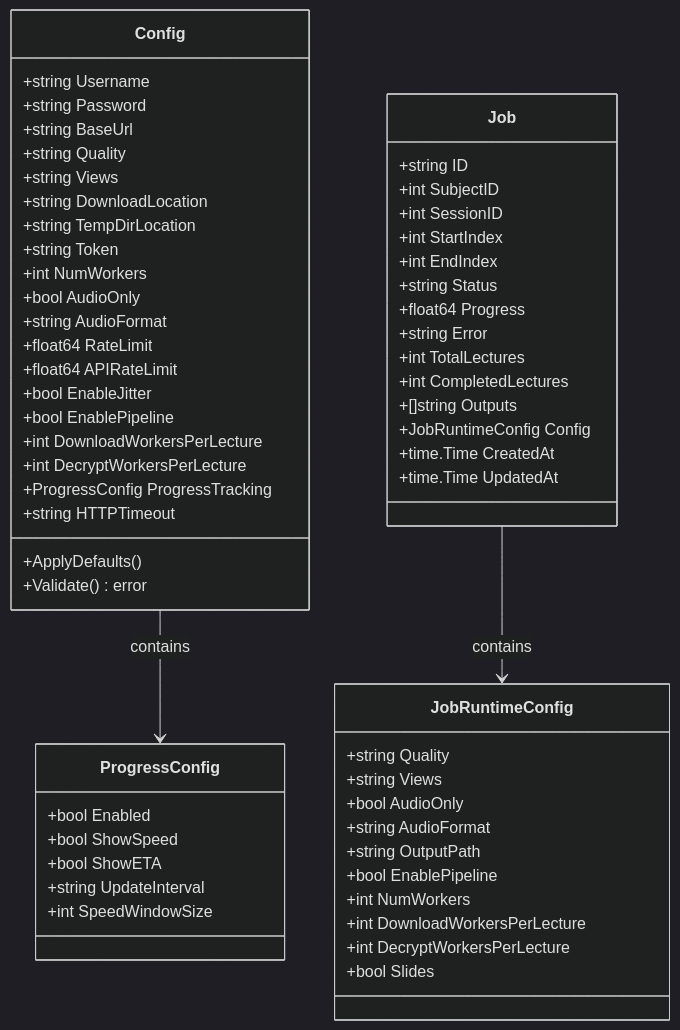
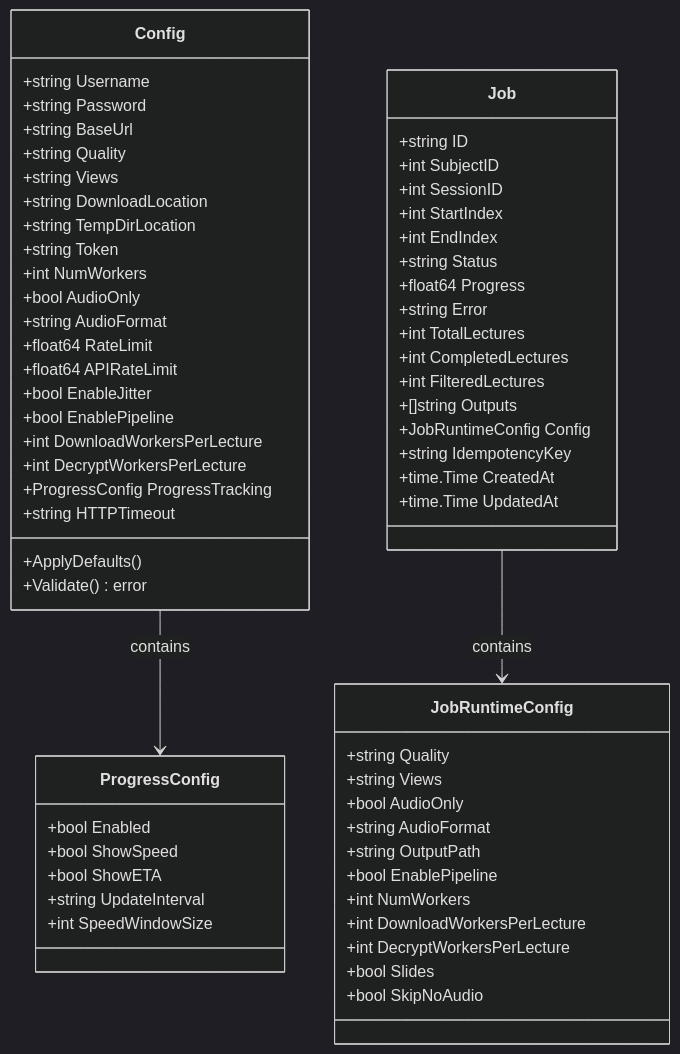
Diagram 11 of 15 in docs/system-architecture.md (rabesss/impartus-cli), drawn with Mermaid (dark theme) before and after one commit. The commit also changed other lines of this file and 14 other files, not shown here.

````diff
--- a/docs/system-architecture.md
+++ b/docs/system-architecture.md
@@ -848,68 +858,71 @@
 ```mermaid
 classDiagram
     class Config {
         +string Username
         +string Password
         +string BaseUrl
         +string Quality
         +string Views
         +string DownloadLocation
         +string TempDirLocation
         +string Token
         +int NumWorkers
         +bool AudioOnly
         +string AudioFormat
         +float64 RateLimit
         +float64 APIRateLimit
         +bool EnableJitter
         +bool EnablePipeline
         +int DownloadWorkersPerLecture
         +int DecryptWorkersPerLecture
         +ProgressConfig ProgressTracking
         +string HTTPTimeout
         +ApplyDefaults()
         +Validate() error
     }
 
     class ProgressConfig {
         +bool Enabled
         +bool ShowSpeed
         +bool ShowETA
         +string UpdateInterval
         +int SpeedWindowSize
     }
 
     Config --> ProgressConfig : contains
 
     class Job {
         +string ID
         +int SubjectID
         +int SessionID
         +int StartIndex
         +int EndIndex
         +string Status
         +float64 Progress
         +string Error
         +int TotalLectures
         +int CompletedLectures
+        +int FilteredLectures
         +[]string Outputs
         +JobRuntimeConfig Config
+        +string IdempotencyKey
         +time.Time CreatedAt
         +time.Time UpdatedAt
     }
 
     class JobRuntimeConfig {
         +string Quality
         +string Views
         +bool AudioOnly
         +string AudioFormat
         +string OutputPath
         +bool EnablePipeline
         +int NumWorkers
         +int DownloadWorkersPerLecture
         +int DecryptWorkersPerLecture
         +bool Slides
+        +bool SkipNoAudio
     }
 
     Job --> JobRuntimeConfig : contains
 ```
````
